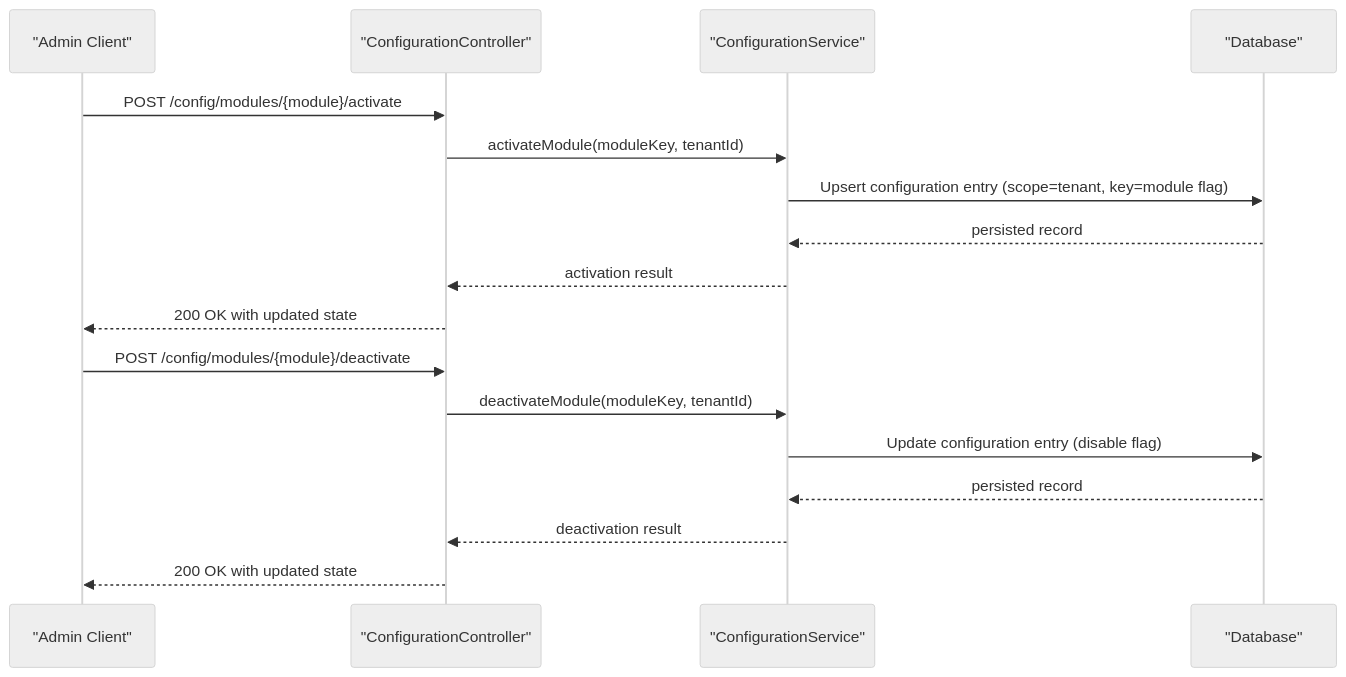
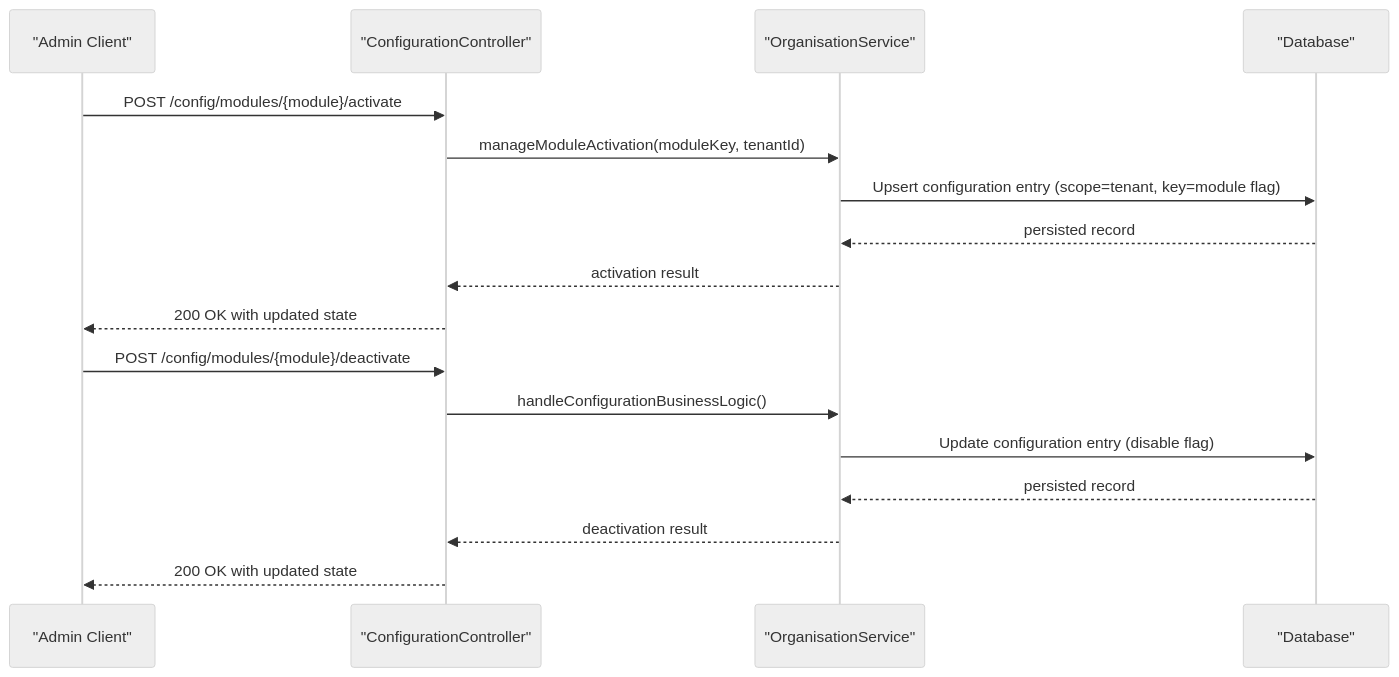
The third of 5 diagrams in .qoder/repowiki/en/content/Core Systems/Configuration Management.md (franckylab/eLISAschool), drawn with Mermaid (neutral theme) before and after one commit. The commit also changed other lines of this file and 35 other files, not shown here.

First line of the commit message:
refactor(configuration): redistribuer la gestion de la configuration vers architecture distribuée

````diff
--- a/.qoder/repowiki/en/content/Core Systems/Configuration Management.md
+++ b/.qoder/repowiki/en/content/Core Systems/Configuration Management.md
@@ -214,19 +210,19 @@
 ```mermaid
 sequenceDiagram
 participant Admin as "Admin Client"
 participant Controller as "ConfigurationController"
-participant Service as "ConfigurationService"
+participant OrgService as "OrganisationService"
 participant DB as "Database"
 Admin->>Controller : POST /config/modules/{module}/activate
-Controller->>Service : activateModule(moduleKey, tenantId)
-Service->>DB : Upsert configuration entry (scope=tenant, key=module flag)
-DB-->>Service : persisted record
-Service-->>Controller : activation result
+Controller->>OrgService : manageModuleActivation(moduleKey, tenantId)
+OrgService->>DB : Upsert configuration entry (scope=tenant, key=module flag)
+DB-->>OrgService : persisted record
+OrgService-->>Controller : activation result
 Controller-->>Admin : 200 OK with updated state
 Admin->>Controller : POST /config/modules/{module}/deactivate
-Controller->>Service : deactivateModule(moduleKey, tenantId)
-Service->>DB : Update configuration entry (disable flag)
-DB-->>Service : persisted record
-Service-->>Controller : deactivation result
+Controller->>OrgService : handleConfigurationBusinessLogic()
+OrgService->>DB : Update configuration entry (disable flag)
+DB-->>OrgService : persisted record
+OrgService-->>Controller : deactivation result
 Controller-->>Admin : 200 OK with updated state
 ```
````
